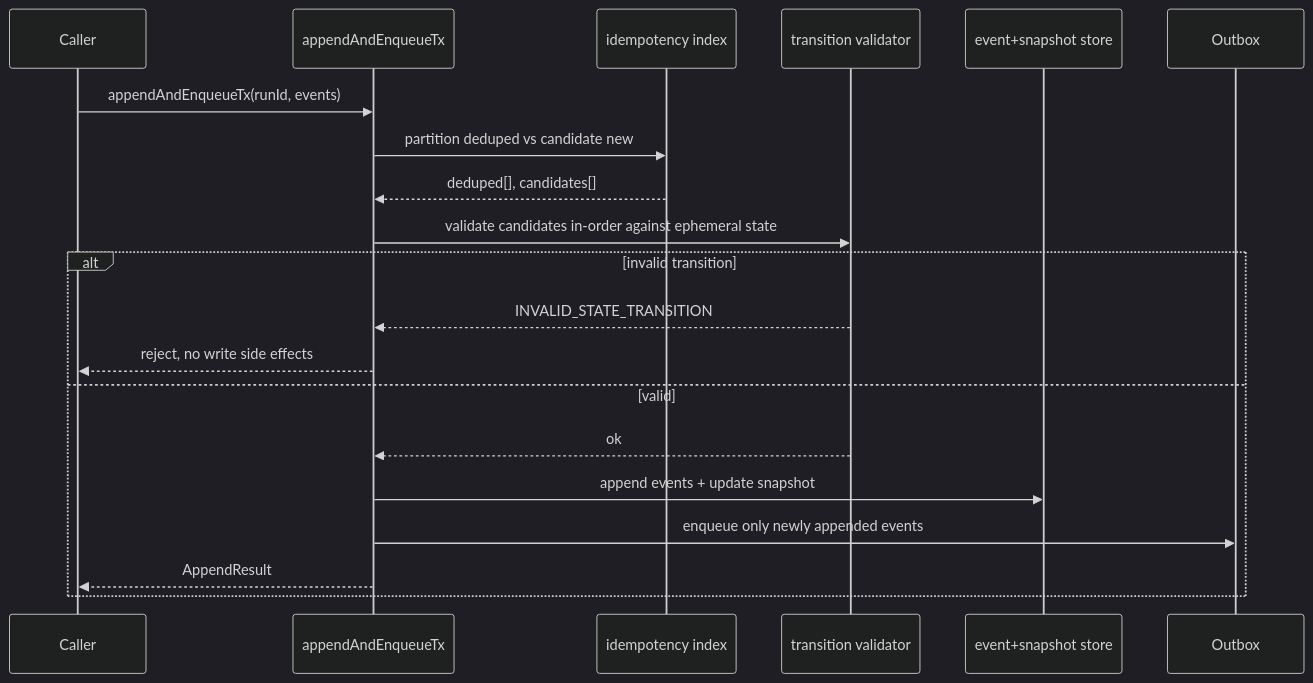
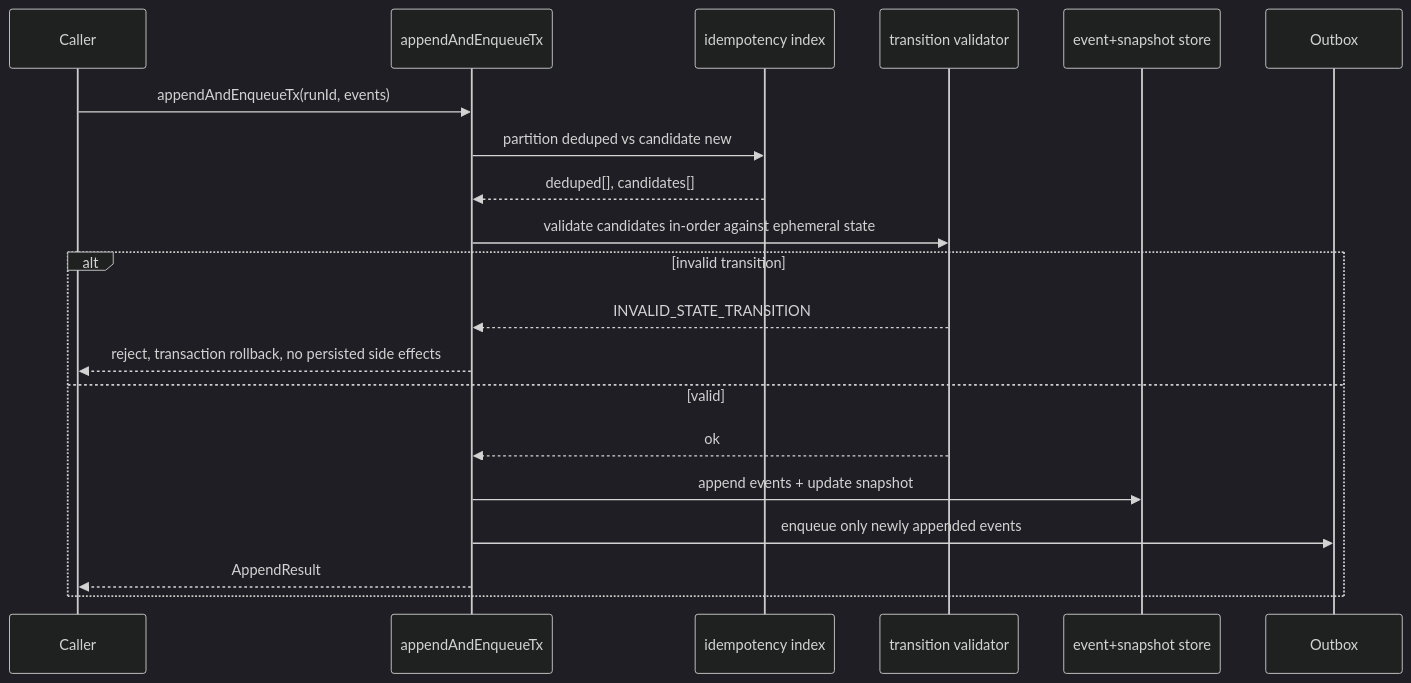
Before and after one commit to dunay2/dvt: the third of 3 diagrams in docs/guides/run-status-write-boundary-technical-manual-20260404.md, drawn with Mermaid (dark theme). The commit also changed other lines of this file and 12 other files, not shown here.

````diff
--- a/docs/guides/run-status-write-boundary-technical-manual-20260404.md
+++ b/docs/guides/run-status-write-boundary-technical-manual-20260404.md
@@ -77,23 +78,23 @@
 ```mermaid
 sequenceDiagram
   participant Caller
   participant Store as appendAndEnqueueTx
   participant Dedup as idempotency index
   participant FSM as transition validator
   participant DB as event+snapshot store
   participant Outbox
 
   Caller->>Store: appendAndEnqueueTx(runId, events)
   Store->>Dedup: partition deduped vs candidate new
   Dedup-->>Store: deduped[], candidates[]
   Store->>FSM: validate candidates in-order against ephemeral state
   alt invalid transition
     FSM-->>Store: INVALID_STATE_TRANSITION
-    Store-->>Caller: reject, no write side effects
+    Store-->>Caller: reject, transaction rollback, no persisted side effects
   else valid
     FSM-->>Store: ok
     Store->>DB: append events + update snapshot
     Store->>Outbox: enqueue only newly appended events
     Store-->>Caller: AppendResult
   end
 ```
````
